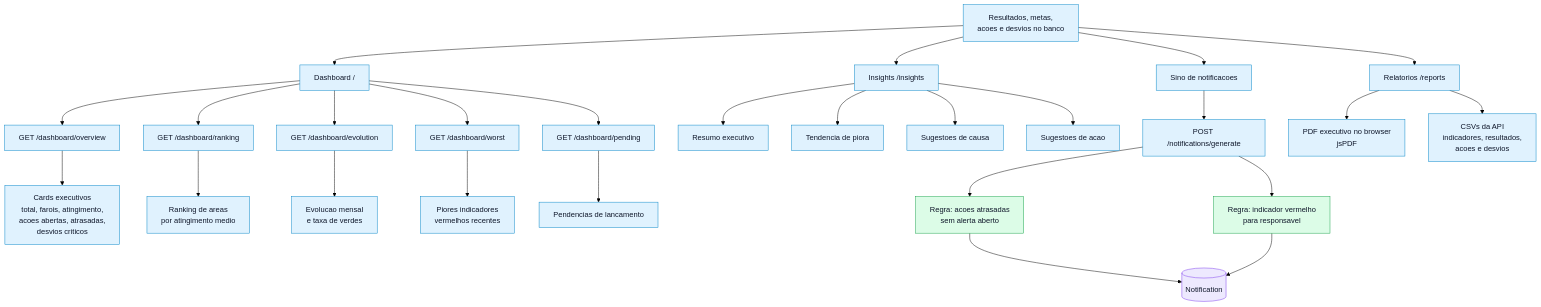
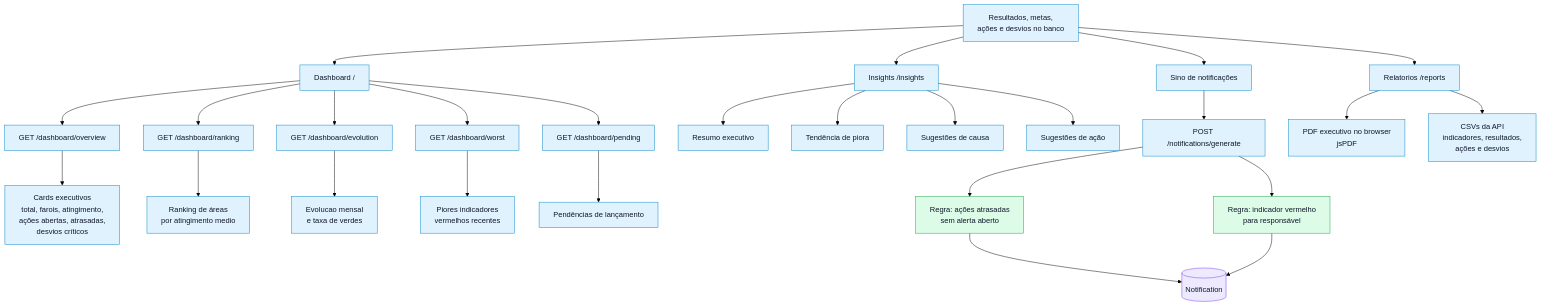
The tenth of 12 diagrams in docs/fluxograma-completo.md (aldemirfidelis/gestao-360-indicadores), drawn with Mermaid (forest theme) before and after one commit. The commit also changed other lines of this file and 73 other files, not shown here.

````diff
--- a/docs/fluxograma-completo.md
+++ b/docs/fluxograma-completo.md
@@ -438,35 +438,35 @@
 ```mermaid
 flowchart TD
-  A["Resultados, metas,<br/>acoes e desvios no banco"] --> B["Dashboard /"]
+  A["Resultados, metas,<br/>ações e desvios no banco"] --> B["Dashboard /"]
   B --> C["GET /dashboard/overview"]
   B --> D["GET /dashboard/ranking"]
   B --> E["GET /dashboard/evolution"]
   B --> F["GET /dashboard/worst"]
   B --> G["GET /dashboard/pending"]
-  C --> H["Cards executivos<br/>total, farois, atingimento,<br/>acoes abertas, atrasadas,<br/>desvios criticos"]
-  D --> I["Ranking de areas<br/>por atingimento medio"]
+  C --> H["Cards executivos<br/>total, farois, atingimento,<br/>ações abertas, atrasadas,<br/>desvios críticos"]
+  D --> I["Ranking de áreas<br/>por atingimento medio"]
   E --> J["Evolucao mensal<br/>e taxa de verdes"]
   F --> K["Piores indicadores<br/>vermelhos recentes"]
-  G --> L["Pendencias de lancamento"]
+  G --> L["Pendências de lançamento"]
   A --> M["Insights /insights"]
   M --> N["Resumo executivo"]
-  M --> O["Tendencia de piora"]
-  M --> P["Sugestoes de causa"]
-  M --> Q["Sugestoes de acao"]
-  A --> R["Sino de notificacoes"]
+  M --> O["Tendência de piora"]
+  M --> P["Sugestões de causa"]
+  M --> Q["Sugestões de ação"]
+  A --> R["Sino de notificações"]
   R --> S["POST /notifications/generate"]
-  S --> T["Regra: acoes atrasadas<br/>sem alerta aberto"]
-  S --> U["Regra: indicador vermelho<br/>para responsavel"]
+  S --> T["Regra: ações atrasadas<br/>sem alerta aberto"]
+  S --> U["Regra: indicador vermelho<br/>para responsável"]
   T --> V[("Notification")]
   U --> V
   A --> W["Relatorios /reports"]
   W --> X["PDF executivo no browser<br/>jsPDF"]
-  W --> Y["CSVs da API<br/>indicadores, resultados,<br/>acoes e desvios"]
+  W --> Y["CSVs da API<br/>indicadores, resultados,<br/>ações e desvios"]
 
   classDef step fill:#e0f2fe,stroke:#0284c7,color:#0f172a
   classDef rule fill:#dcfce7,stroke:#16a34a,color:#0f172a
   classDef data fill:#ede9fe,stroke:#7c3aed,color:#0f172a
   class A,B,C,D,E,F,G,H,I,J,K,L,M,N,O,P,Q,R,S,W,X,Y step
   class T,U rule
   class V data
 ```
````
